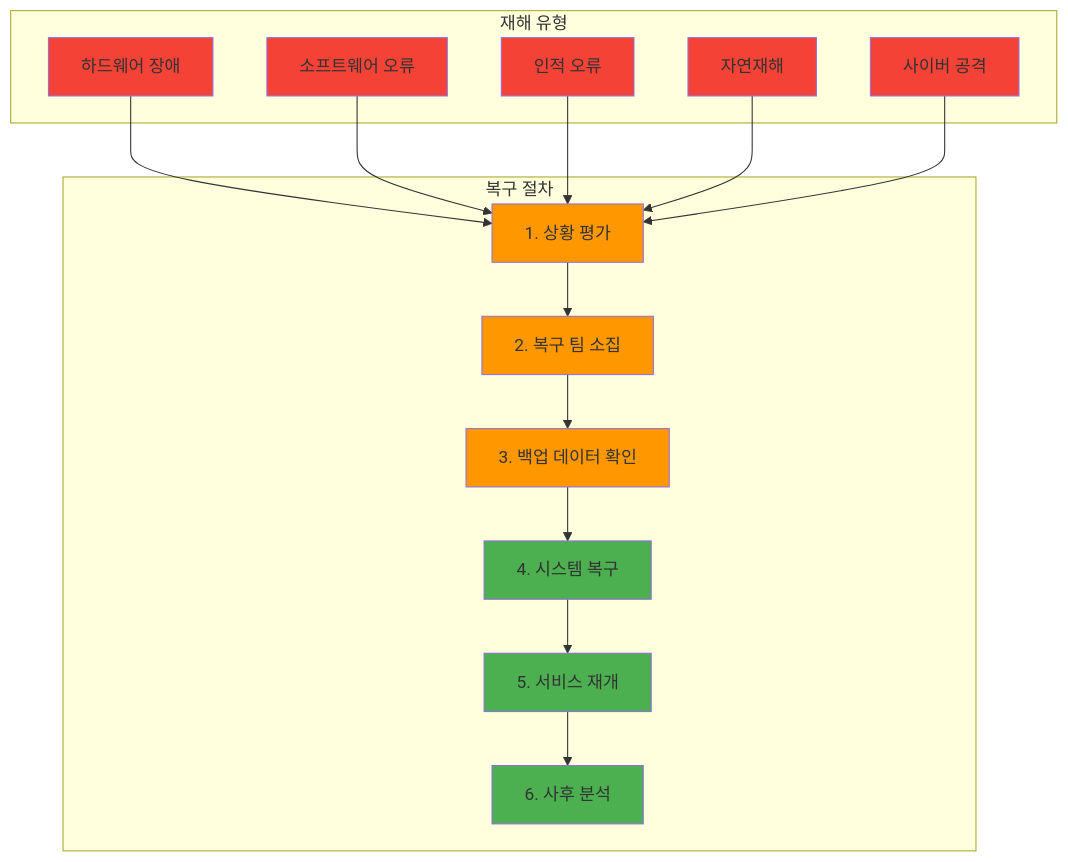
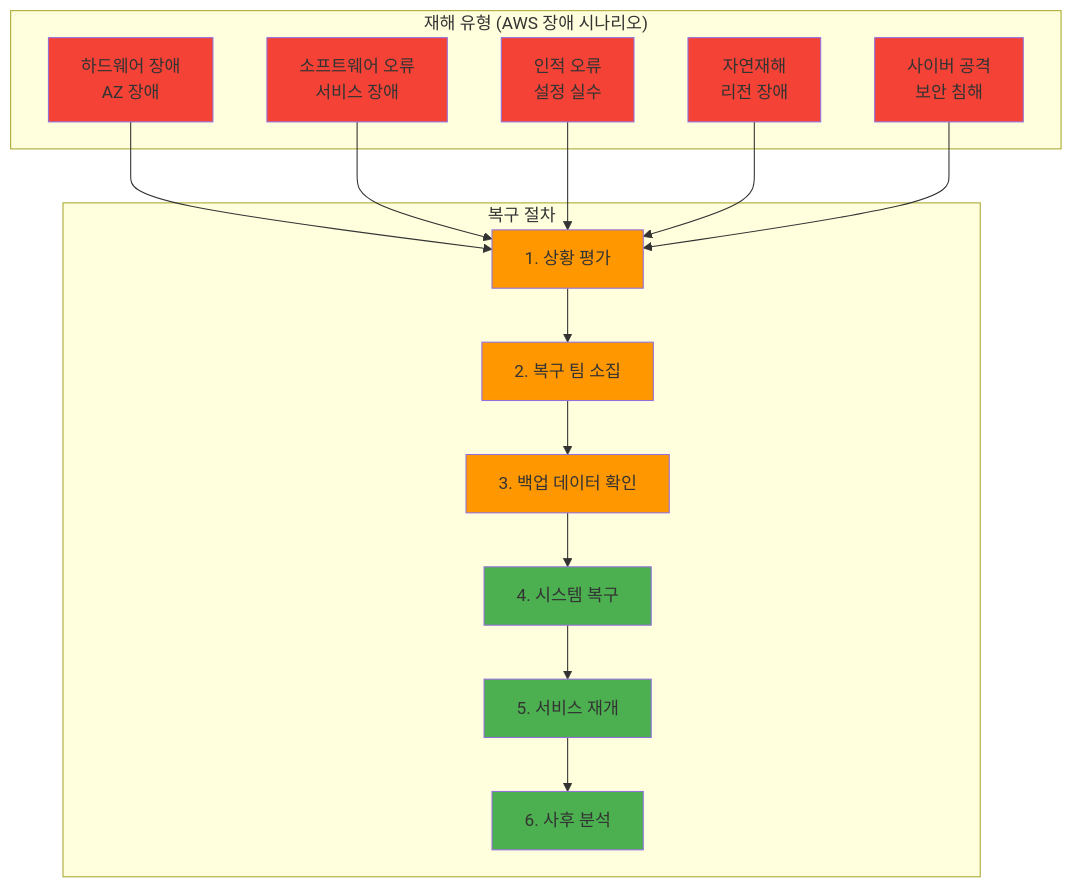
Before and after one commit to niceguy61/kdt_devops_lecture_2025: the fourth of 4 diagrams in theory/week_02/day2/session_2.md, drawn with Mermaid. The commit also changed other lines of this file and 4 other files, not shown here.

````diff
--- a/theory/week_02/day2/session_2.md
+++ b/theory/week_02/day2/session_2.md
@@ -269,39 +271,39 @@
 ```mermaid
 graph TB
-    subgraph "재해 유형"
-        A[하드웨어 장애]
-        B[소프트웨어 오류]
-        C[인적 오류]
-        D[자연재해]
-        E[사이버 공격]
+    subgraph "재해 유형 (AWS 장애 시나리오)"
+        A[하드웨어 장애<br/>AZ 장애]
+        B[소프트웨어 오류<br/>서비스 장애]
+        C[인적 오류<br/>설정 실수]
+        D[자연재해<br/>리전 장애]
+        E[사이버 공격<br/>보안 침해]
     end
     
     subgraph "복구 절차"
         F[1. 상황 평가]
         G[2. 복구 팀 소집]
         H[3. 백업 데이터 확인]
         I[4. 시스템 복구]
         J[5. 서비스 재개]
         K[6. 사후 분석]
     end
     
     A --> F
     B --> F
     C --> F
     D --> F
     E --> F
     
     F --> G --> H --> I --> J --> K
     
     style A fill:#f44336
     style B fill:#f44336
     style C fill:#f44336
     style D fill:#f44336
     style E fill:#f44336
     style F fill:#ff9800
     style G fill:#ff9800
     style H fill:#ff9800
     style I fill:#4caf50
     style J fill:#4caf50
     style K fill:#4caf50
 ```
````
